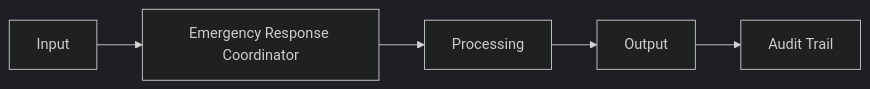
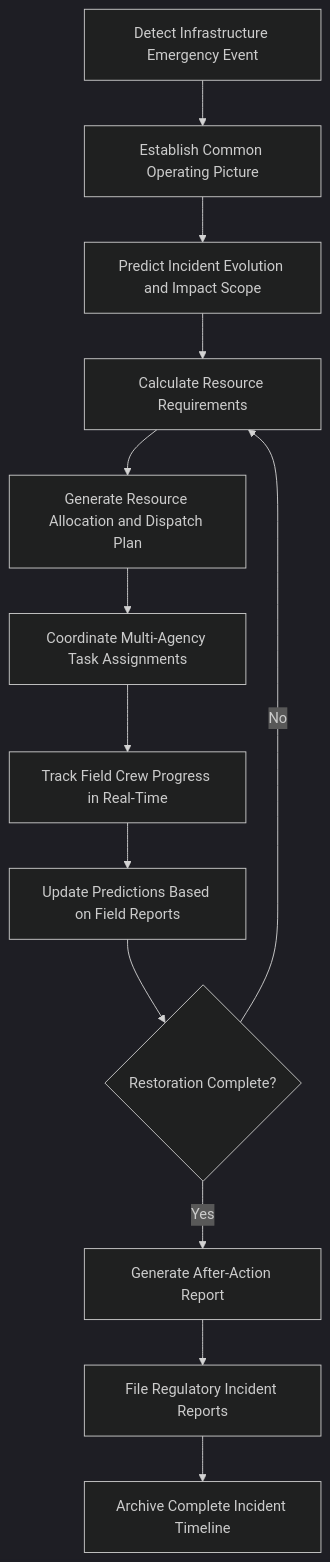
One commit to andrew-leo-2024/marketplace-docs changed the diagram in docs/audiences/03-critical-infrastructure/emergency-response-coordinator.mdx. Above: the diagram before and after it, drawn with Mermaid (dark theme). The commit also changed other lines of this file and 401 other files, not shown here.

````diff
--- a/docs/audiences/03-critical-infrastructure/emergency-response-coordinator.mdx
+++ b/docs/audiences/03-critical-infrastructure/emergency-response-coordinator.mdx
@@ -29,7 +35,15 @@
 ```mermaid
-graph LR
-    A[Input] --> B[Emergency Response Coordinator]
-    B --> C[Processing]
-    C --> D[Output]
-    D --> E[Audit Trail]
+graph TD
+    A[Detect Infrastructure Emergency Event] --> B[Establish Common Operating Picture]
+    B --> C[Predict Incident Evolution and Impact Scope]
+    C --> D[Calculate Resource Requirements]
+    D --> E[Generate Resource Allocation and Dispatch Plan]
+    E --> F[Coordinate Multi-Agency Task Assignments]
+    F --> G[Track Field Crew Progress in Real-Time]
+    G --> H[Update Predictions Based on Field Reports]
+    H --> I{Restoration Complete?}
+    I -->|No| D
+    I -->|Yes| J[Generate After-Action Report]
+    J --> K[File Regulatory Incident Reports]
+    K --> L[Archive Complete Incident Timeline]
 ```
````
